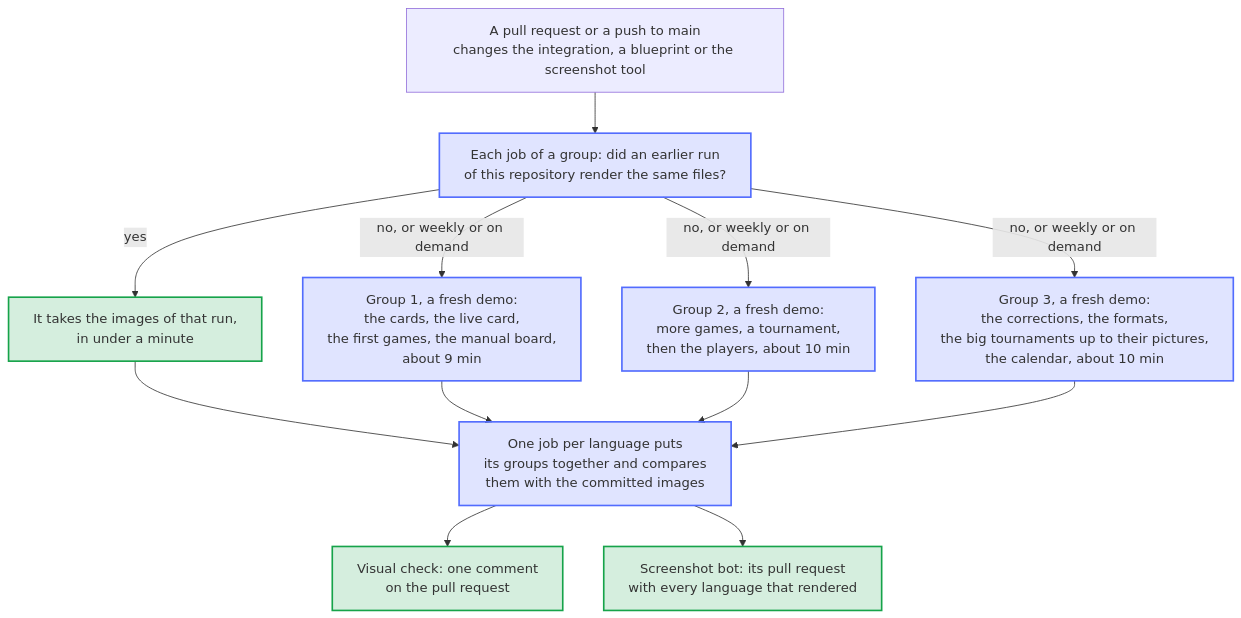
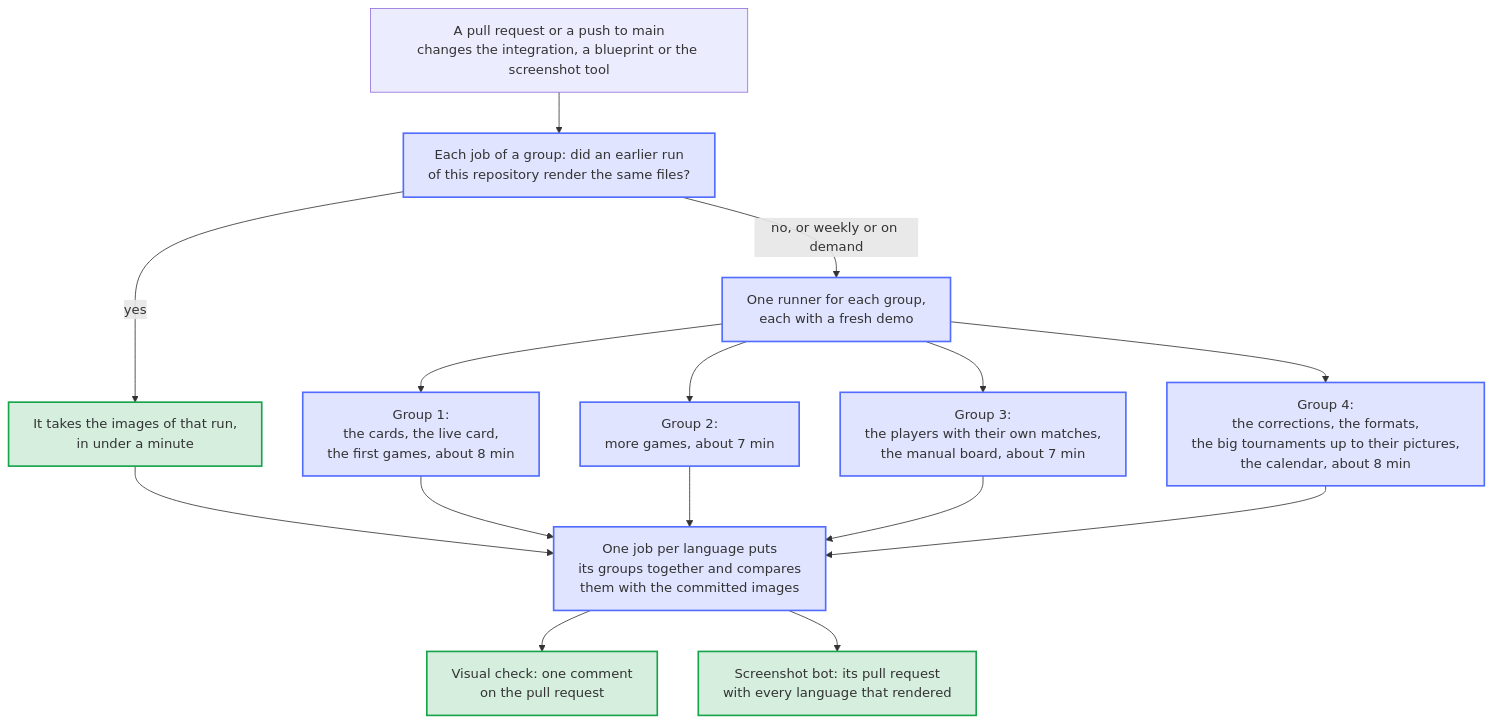
The diagram in docs/diagrams/screenshot-groups.en.mmd (Dennis-Otto/homedarts-for-autodarts), drawn with Mermaid before and after one commit. The commit also changed 16 other files, not shown here.

First line of the commit message:
perf: the longest screenshot group takes less time

```diff
--- a/docs/diagrams/screenshot-groups.en.mmd
+++ b/docs/diagrams/screenshot-groups.en.mmd
@@ -1,24 +1,26 @@
 ---
 config:
   flowchart:
     wrappingWidth: 400
 ---
 flowchart TB
   accTitle: How the visual check and the screenshot bot render the images in groups
-  accDescr: Each language renders in three groups at once, each group on a runner of its own. First each job of a group looks for an earlier run of the visual check or of the screenshot bot, on a branch of this repository, that rendered the same files; it takes the images of that run in under a minute. Otherwise it renders them from a fresh demo. The cards, the first games and the dartboard without Autodarts make group 1, more games with the players group 2, the corrections of a dart, the formats, the big tournaments and the calendar group 3. Then one job per language puts the images of its three groups together and compares them with the committed images. The visual check writes the comparison into one comment on the pull request; the screenshot bot updates its pull request with every language that rendered.
+  accDescr: Each language renders in four groups at once, each group on a runner of its own. First each job of a group looks for an earlier run of the visual check or of the screenshot bot, on a branch of this repository, that rendered the same files; it takes the images of that run in under a minute. Otherwise it renders them from a fresh demo. The cards and the first games make group 1, more games group 2, the players with their own matches and the dartboard without Autodarts group 3, the corrections of a dart, the formats, the big tournaments and the calendar group 4. Then one job per language puts the images of its four groups together and compares them with the committed images. The visual check writes the comparison into one comment on the pull request; the screenshot bot updates its pull request with every language that rendered.
 
   START["A pull request or a push to main<br/>changes the integration, a blueprint or the screenshot tool"] --> KEY
   KEY["Each job of a group: did an earlier run<br/>of this repository render the same files?"]
   KEY -->|"yes"| TAKE["It takes the images of that run,<br/>in under a minute"]
-  KEY -->|"no, or weekly or on demand"| G1 & G2 & G3
-  G1["Group 1, a fresh demo:<br/>the cards, the live card,<br/>the first games, the manual board,<br/>about 9 min"]
-  G2["Group 2, a fresh demo:<br/>more games, a tournament,<br/>then the players, about 10 min"]
-  G3["Group 3, a fresh demo:<br/>the corrections, the formats,<br/>the big tournaments up to their pictures,<br/>the calendar, about 10 min"]
-  TAKE & G1 & G2 & G3 --> COLLECT["One job per language puts<br/>its groups together and compares<br/>them with the committed images"]
+  KEY -->|"no, or weekly or on demand"| RENDER["One runner for each group,<br/>each with a fresh demo"]
+  RENDER --> G1 & G2 & G3 & G4
+  G1["Group 1:<br/>the cards, the live card,<br/>the first games, about 8 min"]
+  G2["Group 2:<br/>more games, about 7 min"]
+  G3["Group 3:<br/>the players with their own matches,<br/>the manual board, about 7 min"]
+  G4["Group 4:<br/>the corrections, the formats,<br/>the big tournaments up to their pictures,<br/>the calendar, about 8 min"]
+  TAKE & G1 & G2 & G3 & G4 --> COLLECT["One job per language puts<br/>its groups together and compares<br/>them with the committed images"]
   COLLECT --> COMMENT["Visual check: one comment<br/>on the pull request"]
   COLLECT --> BOT["Screenshot bot: its pull request<br/>with every language that rendered"]
 
   classDef bot fill:#526cfe2e,stroke:#526cfe,stroke-width:2px
   classDef done fill:#16a34a2e,stroke:#16a34a,stroke-width:2px
-  class KEY,G1,G2,G3,COLLECT bot
+  class KEY,RENDER,G1,G2,G3,G4,COLLECT bot
   class TAKE,COMMENT,BOT done
```
